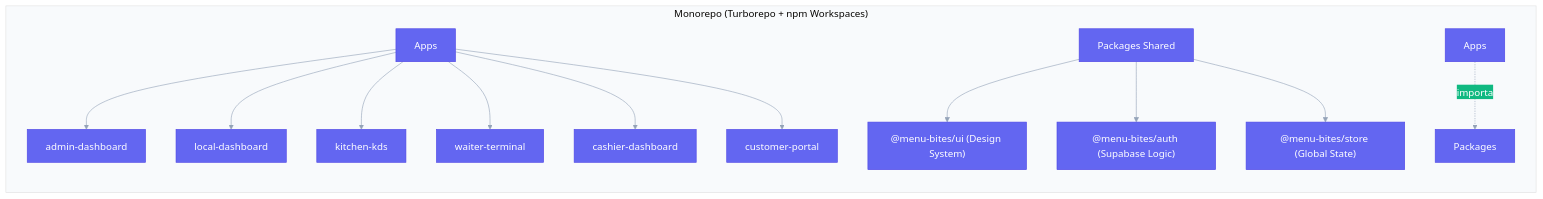
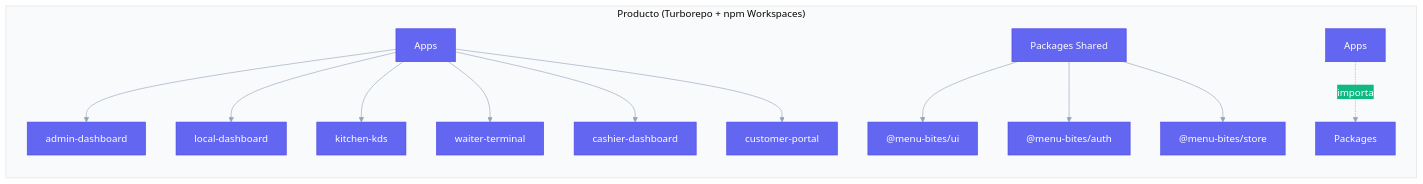
One commit to Hctr2002/Software-Restaurantes changed the diagram in README.md. Above: the diagram before and after it, drawn with Mermaid. The commit also changed other lines of this file and 14 other files, not shown here.

````diff
--- a/README.md
+++ b/README.md
@@ -37,30 +43,30 @@
 ```mermaid
 %%{init: {
   'theme': 'base',
   'themeVariables': {
     'primaryColor': '#6366f1',
     'primaryTextColor': '#ffffff',
     'primaryBorderColor': '#4f46e5',
     'lineColor': '#94a3b8',
     'secondaryColor': '#10b981',
     'tertiaryColor': '#f8fafc',
     'fontFamily': 'Inter, sans-serif'
   }
 }}%%
 graph TD
-    subgraph Monorepo ["Monorepo (Turborepo + npm Workspaces)"]
+    subgraph Monorepo ["Producto (Turborepo + npm Workspaces)"]
         direction TB
         A[Apps] --> B[admin-dashboard]
         A --> C[local-dashboard]
         A --> D[kitchen-kds]
         A --> E[waiter-terminal]
         A --> F[cashier-dashboard]
         A --> G[customer-portal]
 
-        P[Packages Shared] --> UI["@menu-bites/ui (Design System)"]
-        P --> AUTH["@menu-bites/auth (Supabase Logic)"]
-        P --> STORE["@menu-bites/store (Global State)"]
+        P[Packages Shared] --> UI["@menu-bites/ui"]
+        P --> AUTH["@menu-bites/auth"]
+        P --> STORE["@menu-bites/store"]
 
         Apps -.->|importa| Packages
     end
 ```
````
